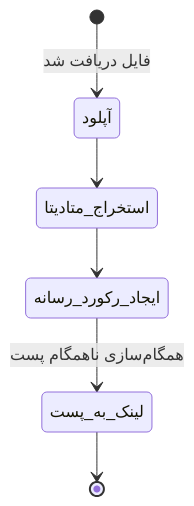
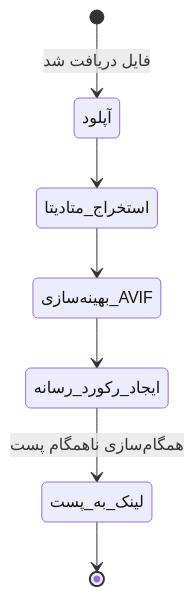
One commit to amirhossein-moloki/Blog changed the third of 4 diagrams in COMPREHENSIVE_ARCHITECTURE_FA.md. Above: the diagram before and after it, drawn with Mermaid. The commit also changed other lines of this file and 1 other file, not shown here.

First line of the commit message:
docs: update comprehensive architecture documents (FA & EN)

````diff
--- a/COMPREHENSIVE_ARCHITECTURE_FA.md
+++ b/COMPREHENSIVE_ARCHITECTURE_FA.md
@@ -477,8 +496,9 @@
 ```mermaid
 stateDiagram-v2
     [*] --> آپلود: فایل دریافت شد
     آپلود --> استخراج_متادیتا
-    استخراج_متادیتا --> ایجاد_رکورد_رسانه
+    استخراج_متادیتا --> بهینه‌سازی_AVIF
+    بهینه‌سازی_AVIF --> ایجاد_رکورد_رسانه
     ایجاد_رکورد_رسانه --> لینک_به_پست: همگام‌سازی ناهمگام پست
     لینک_به_پست --> [*]
 ```
````
